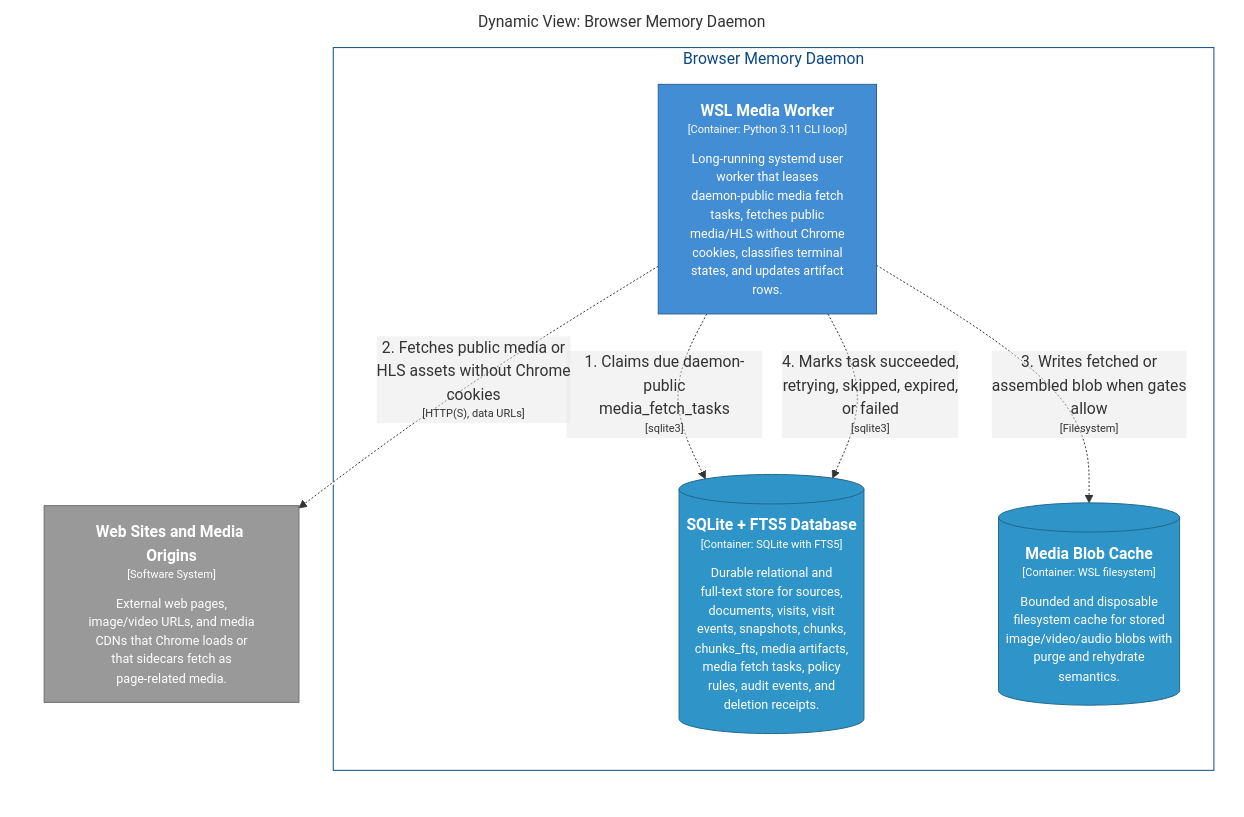
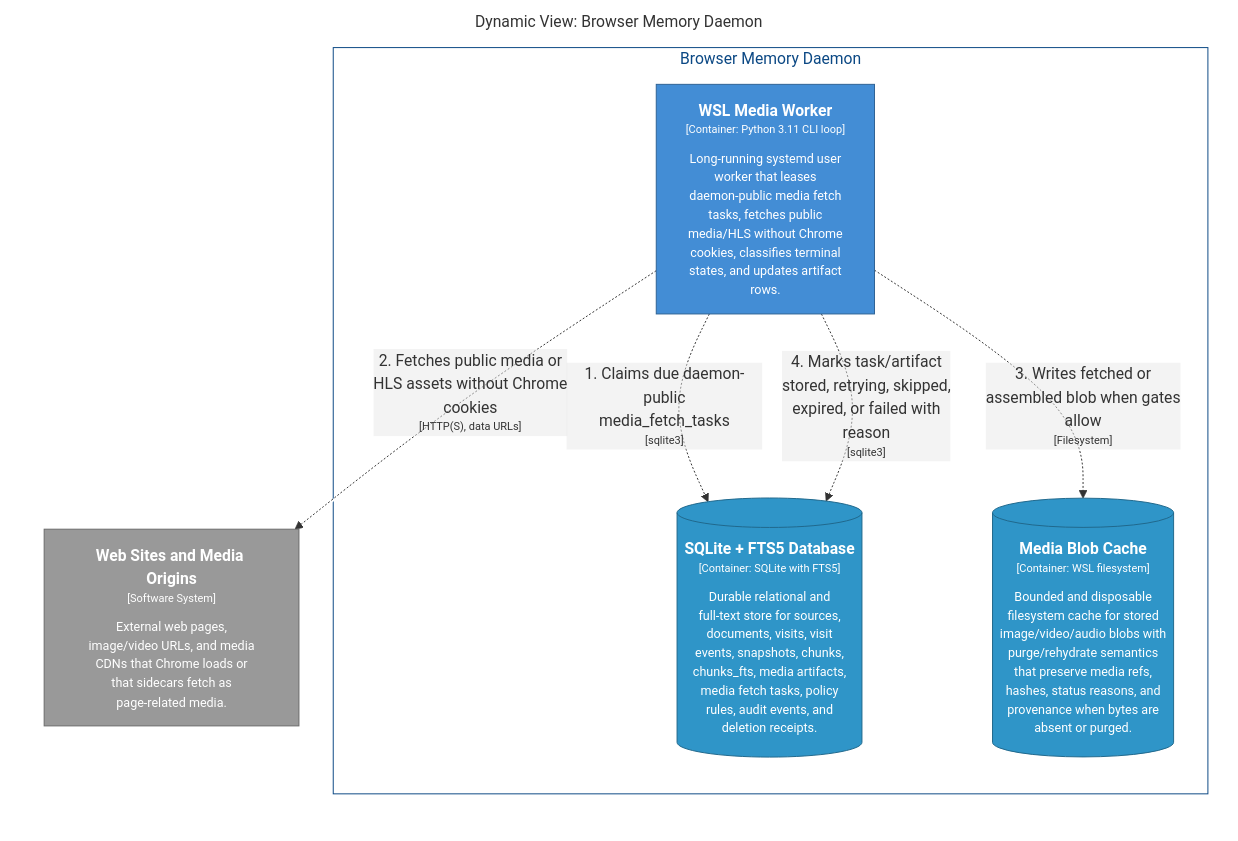
The diagram in architecture/diagrams/markdown/DaemonPublicMediaWorkerFlow.md (michaelnicks0/browser-memory-daemon), drawn with Mermaid before and after one commit. The commit also changed 105 other files, not shown here.

Commit message:
docs: reconcile C4 and behavioral diagrams

````diff
--- a/architecture/diagrams/markdown/DaemonPublicMediaWorkerFlow.md
+++ b/architecture/diagrams/markdown/DaemonPublicMediaWorkerFlow.md
@@ -16,28 +16,28 @@
 ```mermaid
 graph LR
   linkStyle default fill:#ffffff
 
   subgraph diagram ["Dynamic View: Browser Memory Daemon"]
     style diagram fill:#ffffff,stroke:#ffffff
 
     subgraph 4 ["Browser Memory Daemon"]
       style 4 fill:#ffffff,stroke:#0b4884,color:#0b4884
 
       24["<div style='font-weight: bold'>WSL Media Worker</div><div style='font-size: 70%; margin-top: 0px'>[Container: Python 3.11 CLI loop]</div><div style='font-size: 80%; margin-top:10px'>Long-running systemd user<br />worker that leases<br />daemon-public media fetch<br />tasks, fetches public<br />media/HLS without Chrome<br />cookies, classifies terminal<br />states, and updates artifact<br />rows.</div>"]
       style 24 fill:#438dd5,stroke:#2e6295,color:#ffffff
       27[("<div style='font-weight: bold'>SQLite + FTS5 Database</div><div style='font-size: 70%; margin-top: 0px'>[Container: SQLite with FTS5]</div><div style='font-size: 80%; margin-top:10px'>Durable relational and<br />full-text store for sources,<br />documents, visits, visit<br />events, snapshots, chunks,<br />chunks_fts, media artifacts,<br />media fetch tasks, policy<br />rules, audit events, and<br />deletion receipts.</div>")]
       style 27 fill:#2f95c8,stroke:#20688c,color:#ffffff
-      29[("<div style='font-weight: bold'>Media Blob Cache</div><div style='font-size: 70%; margin-top: 0px'>[Container: WSL filesystem]</div><div style='font-size: 80%; margin-top:10px'>Bounded and disposable<br />filesystem cache for stored<br />image/video/audio blobs with<br />purge and rehydrate<br />semantics.</div>")]
+      29[("<div style='font-weight: bold'>Media Blob Cache</div><div style='font-size: 70%; margin-top: 0px'>[Container: WSL filesystem]</div><div style='font-size: 80%; margin-top:10px'>Bounded and disposable<br />filesystem cache for stored<br />image/video/audio blobs with<br />purge/rehydrate semantics<br />that preserve media refs,<br />hashes, status reasons, and<br />provenance when bytes are<br />absent or purged.</div>")]
       style 29 fill:#2f95c8,stroke:#20688c,color:#ffffff
     end
 
     3["<div style='font-weight: bold'>Web Sites and Media Origins</div><div style='font-size: 70%; margin-top: 0px'>[Software System]</div><div style='font-size: 80%; margin-top:10px'>External web pages,<br />image/video URLs, and media<br />CDNs that Chrome loads or<br />that sidecars fetch as<br />page-related media.</div>"]
     style 3 fill:#999999,stroke:#6b6b6b,color:#ffffff
 
     24-. "<div>1. Claims due daemon-public<br />media_fetch_tasks</div><div style='font-size: 70%'>[sqlite3]</div>" .->27
     24-. "<div>2. Fetches public media or<br />HLS assets without Chrome<br />cookies</div><div style='font-size: 70%'>[HTTP(S), data URLs]</div>" .->3
     24-. "<div>3. Writes fetched or<br />assembled blob when gates<br />allow</div><div style='font-size: 70%'>[Filesystem]</div>" .->29
-    24-. "<div>4. Marks task succeeded,<br />retrying, skipped, expired,<br />or failed</div><div style='font-size: 70%'>[sqlite3]</div>" .->27
+    24-. "<div>4. Marks task/artifact<br />stored, retrying, skipped,<br />expired, or failed with<br />reason</div><div style='font-size: 70%'>[sqlite3]</div>" .->27
 
   end
 ```
````
